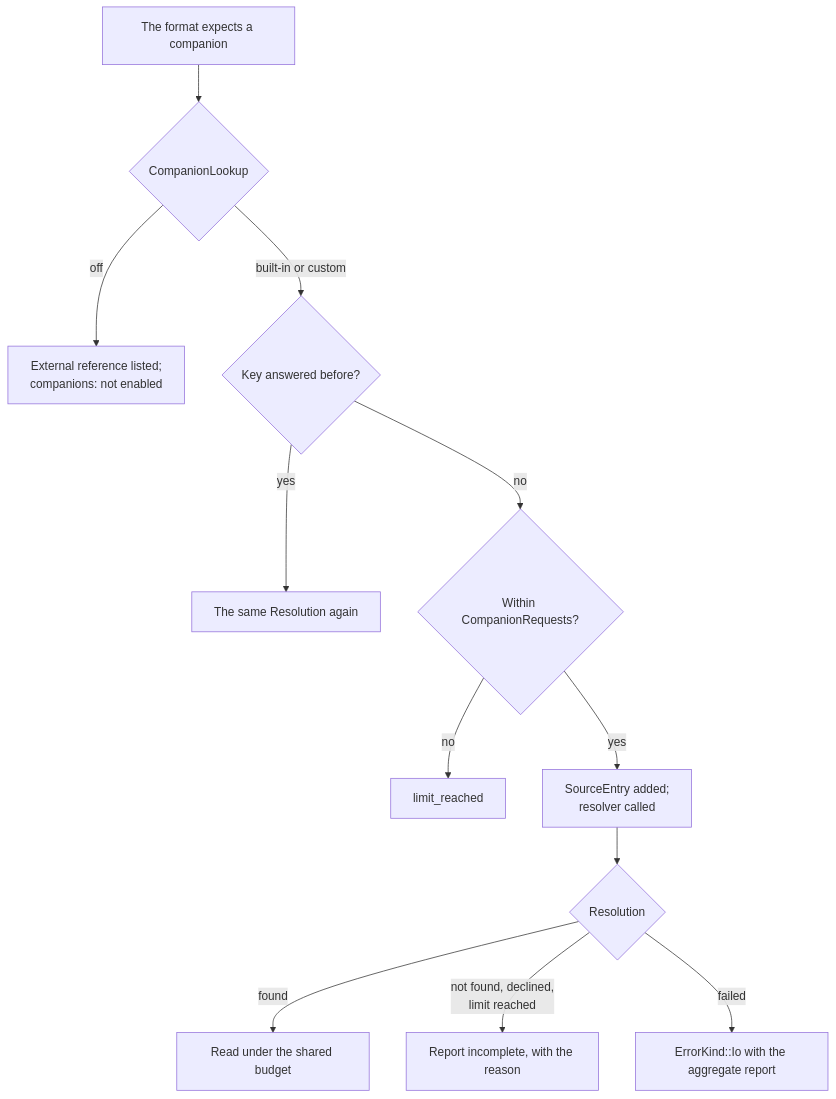
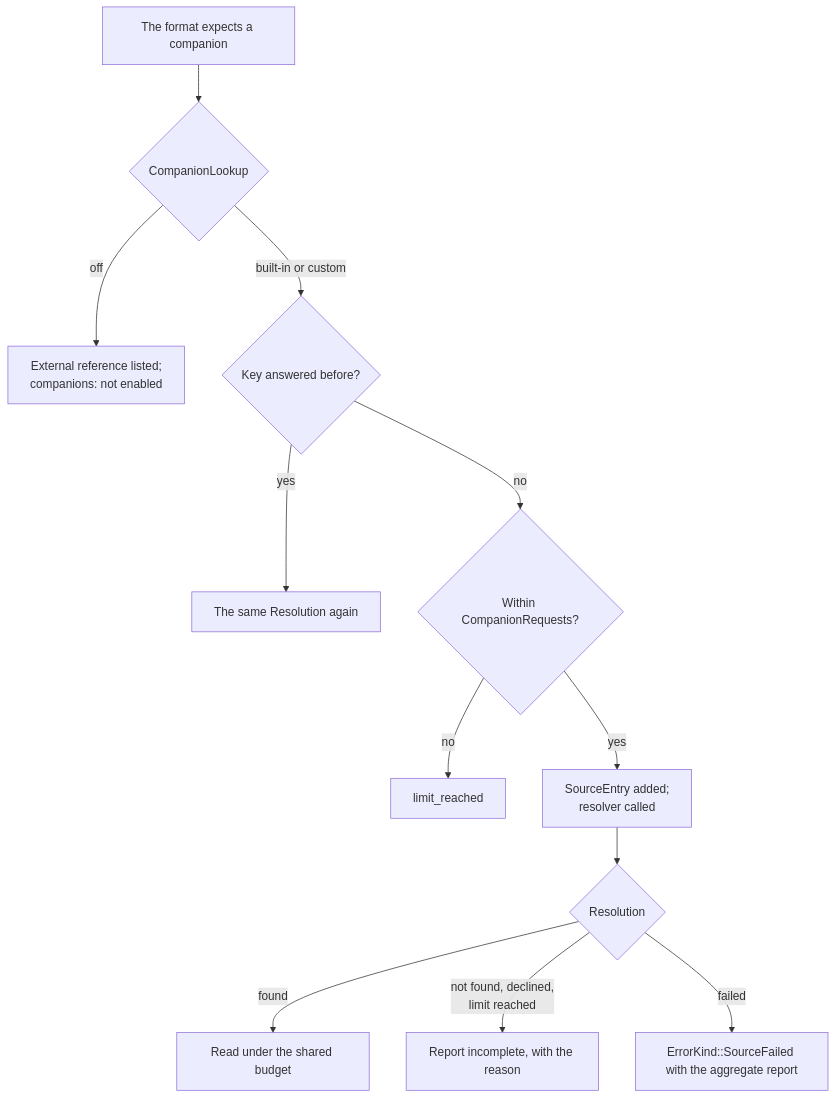
One commit to caoccao/cc-media-probe changed the second of 2 diagrams in docs/design/api.md. Above: the diagram before and after it, drawn with Mermaid. The commit also changed other lines of this file and 58 other files, not shown here.

````diff
--- a/docs/design/api.md
+++ b/docs/design/api.md
@@ -866,14 +875,14 @@
 ```mermaid
 flowchart TD
   X["The format expects a companion"] --> EN{"CompanionLookup"}
   EN -->|off| NE["External reference listed;<br/>companions: not enabled"]
   EN -->|"built-in or custom"| K{"Key answered before?"}
   K -->|yes| SAME["The same Resolution again"]
   K -->|no| LIM{"Within CompanionRequests?"}
   LIM -->|no| LR["limit_reached"]
   LIM -->|yes| REQ["SourceEntry added;<br/>resolver called"]
   REQ --> RES{"Resolution"}
   RES -->|found| READ["Read under the shared budget"]
   RES -->|"not found, declined,<br/>limit reached"| INC["Report incomplete, with the reason"]
-  RES -->|failed| ERR["ErrorKind::Io with the aggregate report"]
+  RES -->|failed| ERR["ErrorKind::SourceFailed with the aggregate report"]
 ```
````
